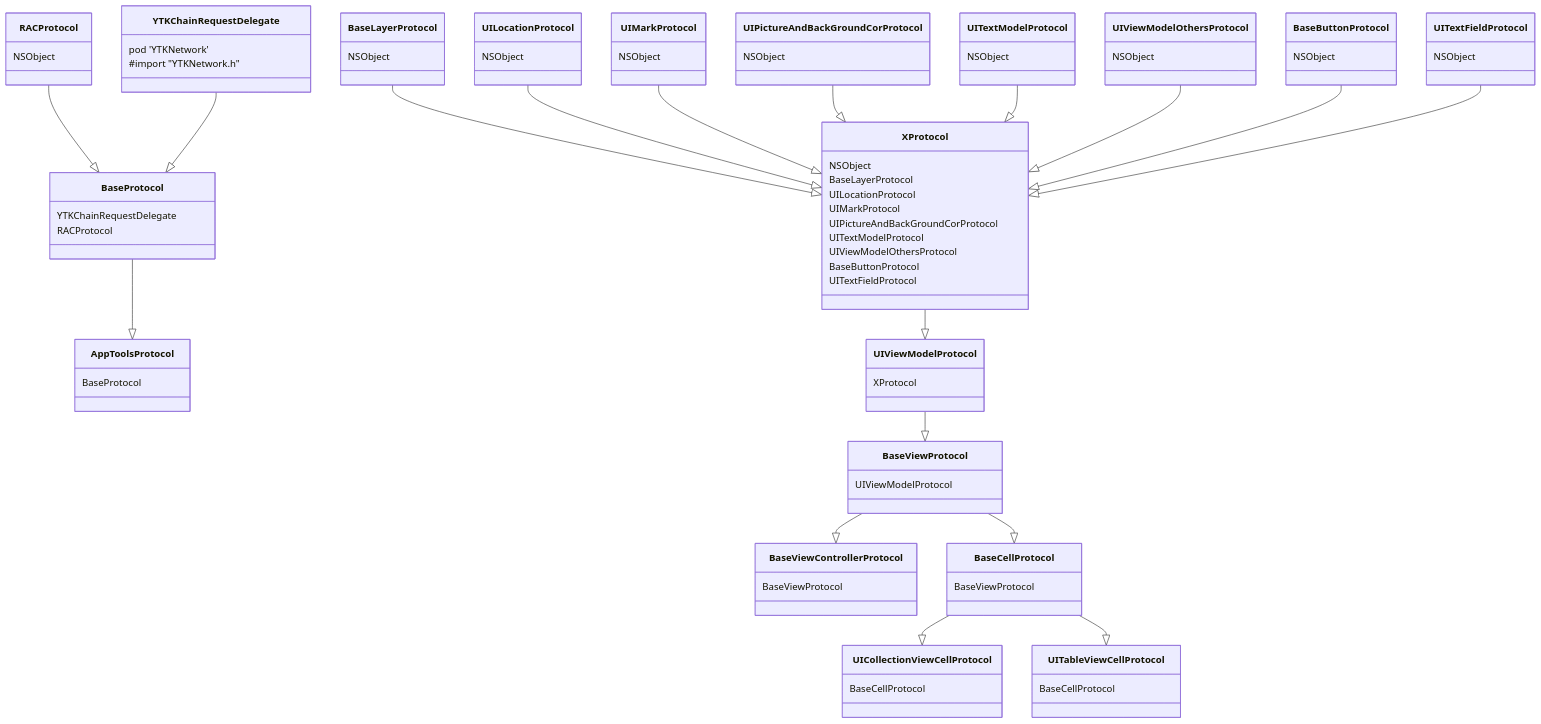
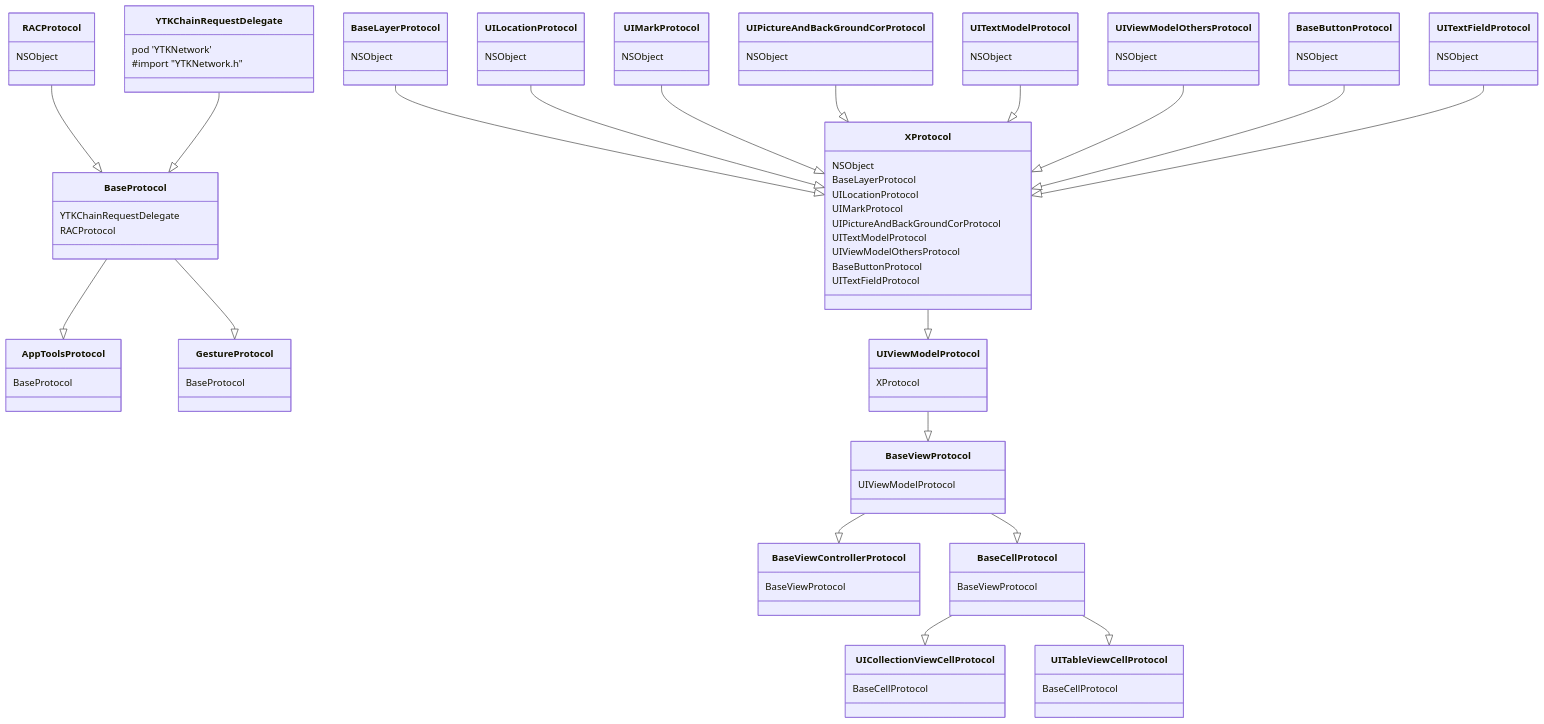
Before and after one commit to 295060456/JobsOCBaseConfigDemo: the diagram in JobsOCBaseConfigDemo/JobsOCBaseCustomizeUIKitCore/BaseProtocol/BaseProtocol.md, drawn with Mermaid. The commit also changed 56 other files, not shown here.

```diff
--- a/JobsOCBaseConfigDemo/JobsOCBaseCustomizeUIKitCore/BaseProtocol/BaseProtocol.md
+++ b/JobsOCBaseConfigDemo/JobsOCBaseCustomizeUIKitCore/BaseProtocol/BaseProtocol.md
@@ -16,6 +16,9 @@
         RACProtocol
     }
     class AppToolsProtocol {
+        BaseProtocol
+    }
+    class GestureProtocol {
         BaseProtocol
     }
     class XProtocol {
@@ -75,6 +78,7 @@
     RACProtocol --|> BaseProtocol
     YTKChainRequestDelegate --|> BaseProtocol
     BaseProtocol --|> AppToolsProtocol
+    BaseProtocol --|> GestureProtocol
     
     BaseLayerProtocol --|> XProtocol
     UILocationProtocol --|> XProtocol
```
